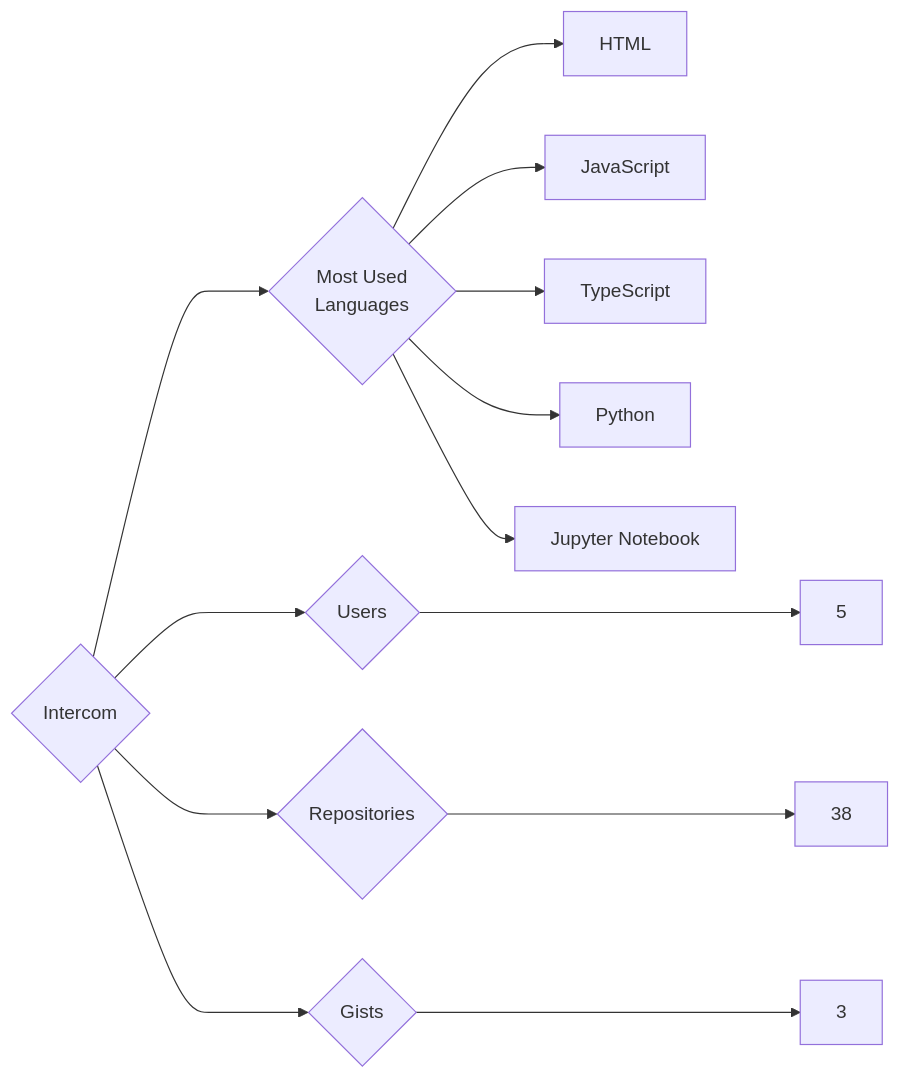
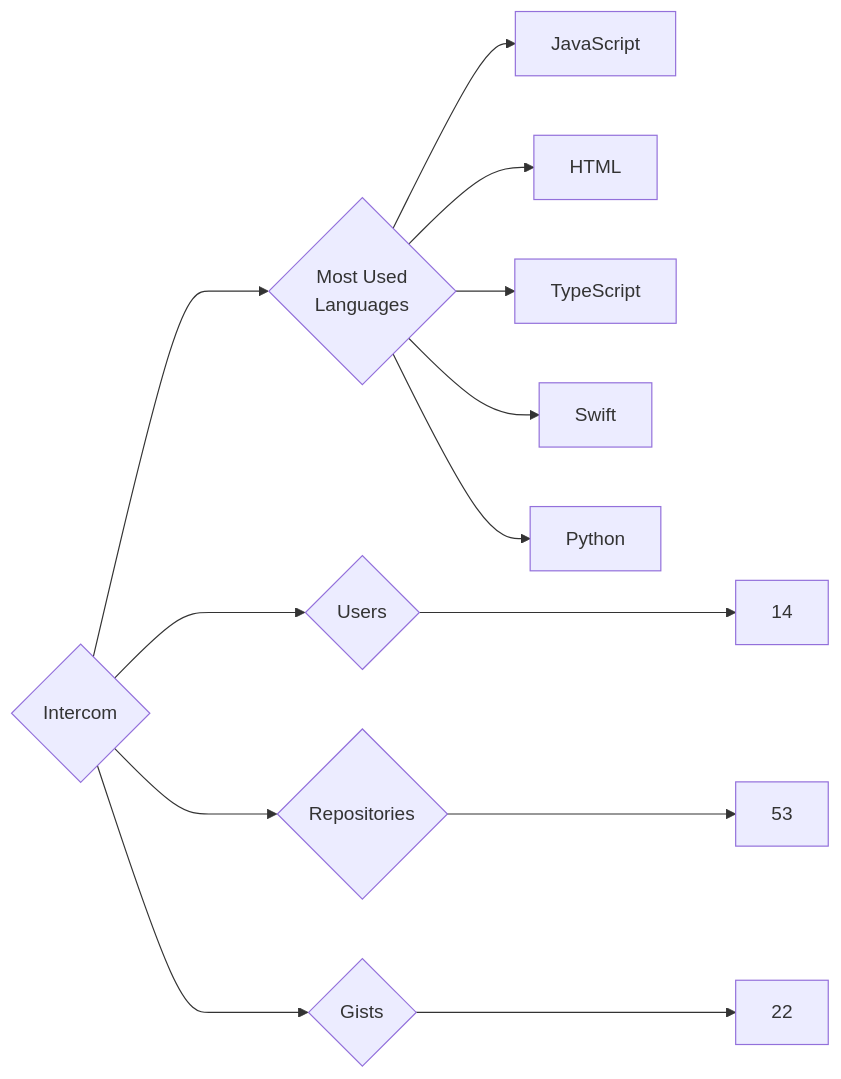
One commit to trickest/insiders changed the diagram in targets/Intercom/README.md. Above: the diagram before and after it, drawn with Mermaid. The commit also changed 1175 other files, not shown here.

````diff
--- a/targets/Intercom/README.md
+++ b/targets/Intercom/README.md
@@ -3,13 +3,13 @@
 ```mermaid
 graph LR
 COMPANY_NAME{Intercom}
-COMPANY_NAME ---> U{Users} ---> UN[5]
-COMPANY_NAME ---> R{Repositories} ---> RN[38]
-COMPANY_NAME ---> G{Gists} ---> GN[3]
+COMPANY_NAME ---> U{Users} ---> UN[14]
+COMPANY_NAME ---> R{Repositories} ---> RN[53]
+COMPANY_NAME ---> G{Gists} ---> GN[22]
 COMPANY_NAME ---> ML{Most Used<br>Languages}
+ML --> JavaScript[JavaScript]
 ML --> HTML[HTML]
-ML --> JavaScript[JavaScript]
 ML --> TypeScript[TypeScript]
+ML --> Swift[Swift]
 ML --> Python[Python]
-ML --> Jupyter_Notebook[Jupyter Notebook]
 ```
````
